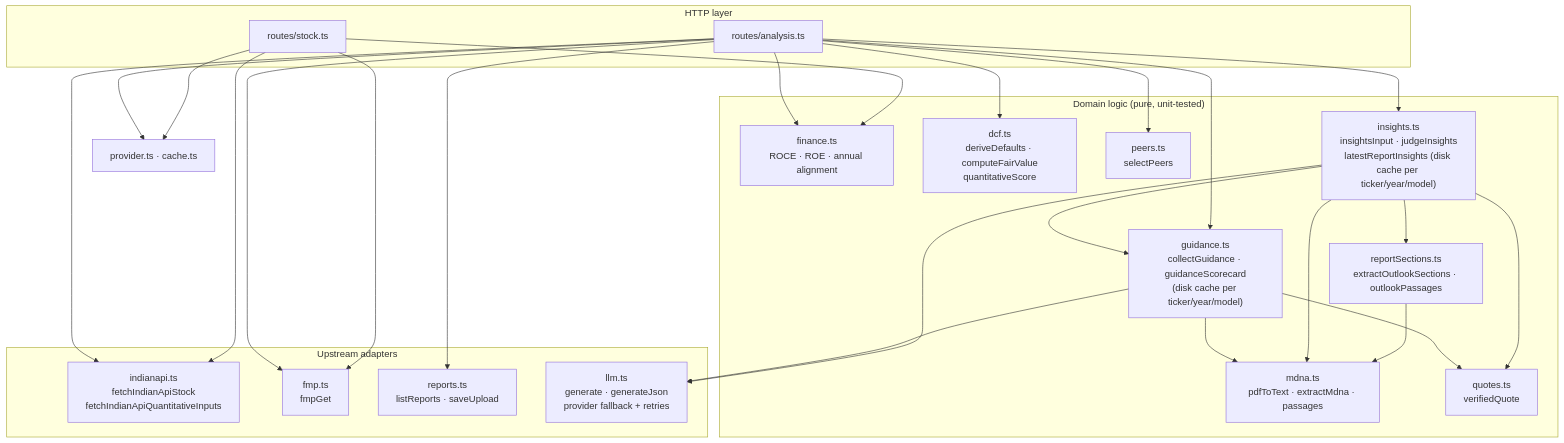
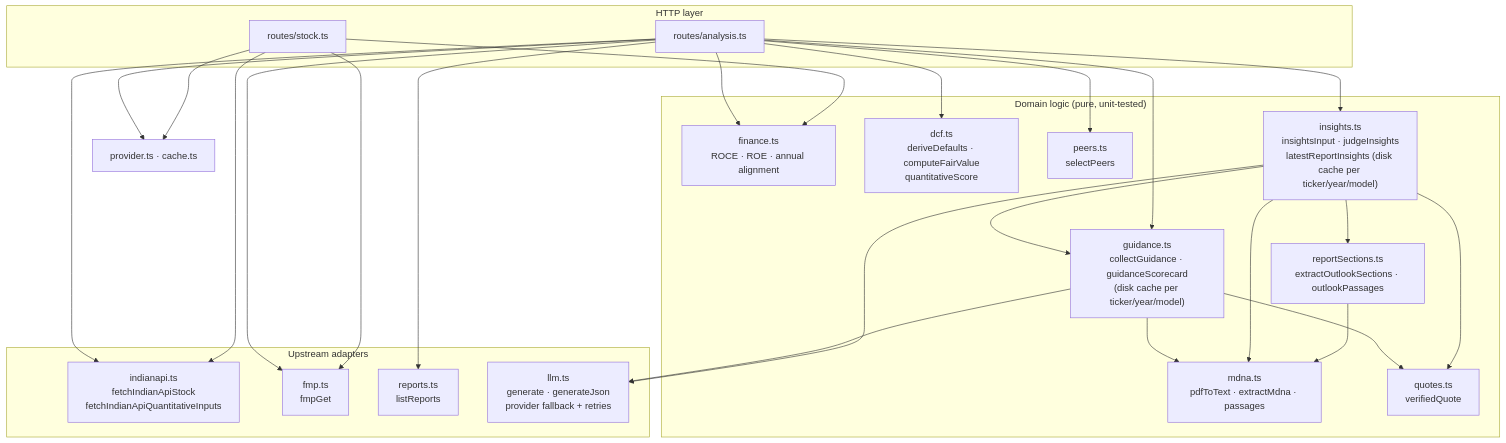
The second of 5 diagrams in docs/architecture.md (vigneshsn/dcf-stock-valuation), drawn with Mermaid before and after one commit. The commit also changed other lines of this file and 17 other files, not shown here.

````diff
--- a/docs/architecture.md
+++ b/docs/architecture.md
@@ -81,33 +79,33 @@
 ```mermaid
 flowchart TB
     subgraph routes["HTTP layer"]
         stockR["routes/stock.ts"]
         analysisR["routes/analysis.ts"]
     end
 
     subgraph adapters["Upstream adapters"]
         indianapi["indianapi.ts<br/>fetchIndianApiStock<br/>fetchIndianApiQuantitativeInputs"]
         fmpA["fmp.ts<br/>fmpGet"]
-        reports["reports.ts<br/>listReports · saveUpload"]
+        reports["reports.ts<br/>listReports"]
         llmA["llm.ts<br/>generate · generateJson<br/>provider fallback + retries"]
     end
 
     subgraph domain["Domain logic (pure, unit-tested)"]
         finance["finance.ts<br/>ROCE · ROE · annual alignment"]
         dcf["dcf.ts<br/>deriveDefaults · computeFairValue<br/>quantitativeScore"]
         mdna["mdna.ts<br/>pdfToText · extractMdna · passages"]
         sections["reportSections.ts<br/>extractOutlookSections · outlookPassages"]
         quotes["quotes.ts<br/>verifiedQuote"]
         peers["peers.ts<br/>selectPeers"]
         guidance["guidance.ts<br/>collectGuidance · guidanceScorecard<br/>(disk cache per ticker/year/model)"]
         insights["insights.ts<br/>insightsInput · judgeInsights<br/>latestReportInsights (disk cache per ticker/year/model)"]
     end
 
     infra["provider.ts · cache.ts"]
 
     stockR --> indianapi & fmpA & finance & infra
     analysisR --> indianapi & fmpA & reports & dcf & peers & guidance & insights & finance & infra
     sections --> mdna
     insights --> mdna & sections & quotes & guidance & llmA
     guidance --> mdna & quotes & llmA
 ```
````
